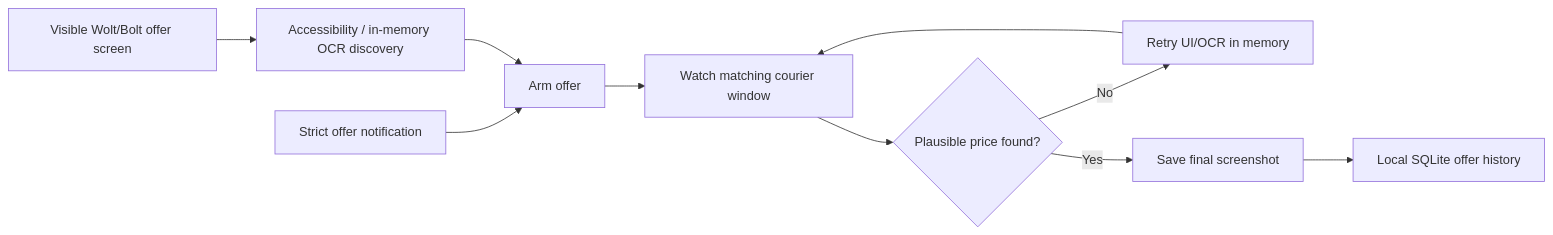
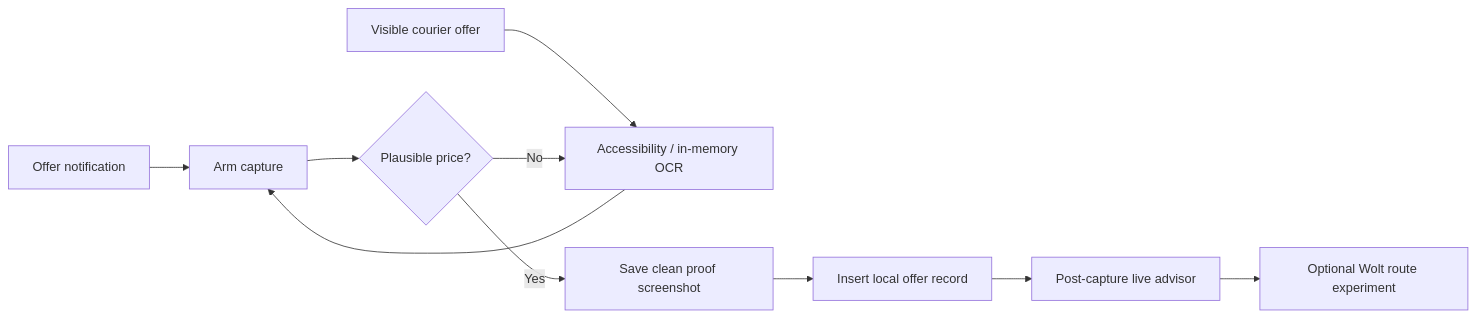
One commit to Bl0ck154/CourierPilot changed the diagram in README.md. Above: the diagram before and after it, drawn with Mermaid. The commit also changed other lines of this file, not shown here.

Commit message:
docs: document CourierPilot 0.10 live advisor

````diff
--- a/README.md
+++ b/README.md
@@ -50,12 +46,12 @@
 ```mermaid
 flowchart LR
-    A[Strict offer notification] --> C[Arm offer]
-    B[Visible Wolt/Bolt offer screen] --> D[Accessibility / in-memory OCR discovery]
+    A[Offer notification] --> C[Arm capture]
+    B[Visible courier offer] --> D[Accessibility / in-memory OCR]
     D --> C
-    C --> E[Watch matching courier window]
-    E --> F{Plausible price found?}
-    F -- No --> G[Retry UI/OCR in memory]
-    G --> E
-    F -- Yes --> H[Save final screenshot]
-    H --> I[Local SQLite offer history]
+    C --> E{Plausible price?}
+    E -- No --> D
+    E -- Yes --> F[Save clean proof screenshot]
+    F --> G[Insert local offer record]
+    G --> H[Post-capture live advisor]
+    H --> I[Optional Wolt route experiment]
 ```
````
